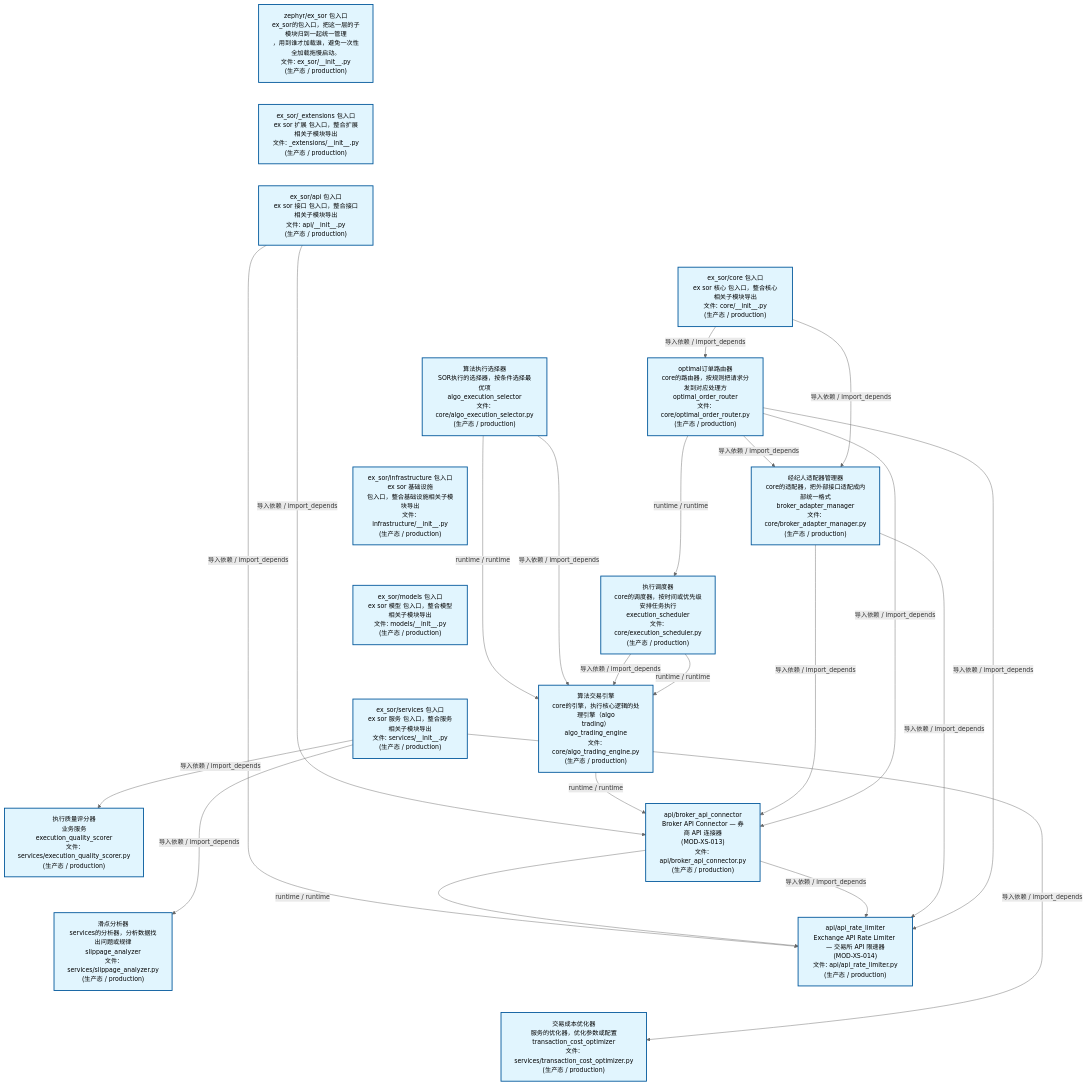
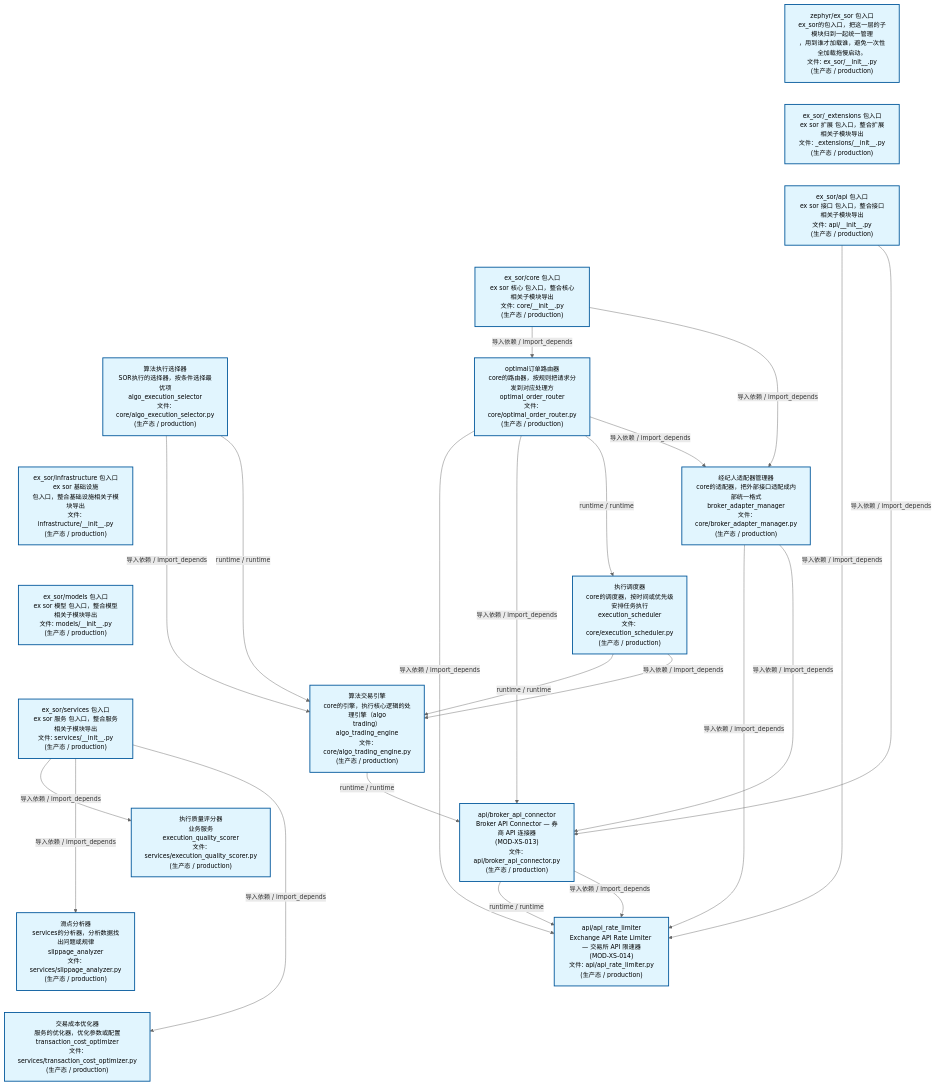
Before and after one commit to xuanFelixVan/ZephyrAlpha: the second of 3 diagrams in docs/02_enterprise_architecture/02_domain_architecture_docs/45_d_ex_sor.md, drawn with Mermaid. The commit also changed other lines of this file and 46 other files, not shown here.

````diff
--- a/docs/02_enterprise_architecture/02_domain_architecture_docs/45_d_ex_sor.md
+++ b/docs/02_enterprise_architecture/02_domain_architecture_docs/45_d_ex_sor.md
@@ -136,57 +136,57 @@
 ```mermaid
 %%{init: {'theme': 'base', 'themeVariables': {'primaryColor': '#eaeaea', 'primaryTextColor': '#333333', 'primaryBorderColor': '#666666', 'lineColor': '#666666', 'secondaryColor': '#eaeaea', 'tertiaryColor': '#eaeaea', 'fontSize': '14px'}}}%%
 flowchart TD
     src_zephyr_ex_sor_init_py["zephyr/ex_sor 包入口<br/>ex_sor的包入口，把这一层的子模块归到一起统一管理<br/>，用到谁才加载谁，避免一次性全加载拖慢启动。<br/>文件: ex_sor/__init__.py<br/>(生产态 / production)"]
     src_zephyr_ex_sor_extensions_init_py["ex_sor/_extensions 包入口<br/>ex sor 扩展 包入口，整合扩展相关子模块导出<br/>文件: _extensions/__init__.py<br/>(生产态 / production)"]
     src_zephyr_ex_sor_api_init_py["ex_sor/api 包入口<br/>ex sor 接口 包入口，整合接口相关子模块导出<br/>文件: api/__init__.py<br/>(生产态 / production)"]
     src_zephyr_ex_sor_core_init_py["ex_sor/core 包入口<br/>ex sor 核心 包入口，整合核心相关子模块导出<br/>文件: core/__init__.py<br/>(生产态 / production)"]
     src_zephyr_ex_sor_core_algo_execution_selector_py["算法执行选择器<br/>SOR执行的选择器，按条件选择最优项<br/>algo_execution_selector<br/>文件: core/algo_execution_selector.py<br/>(生产态 / production)"]
     src_zephyr_ex_sor_infrastructure_init_py["ex_sor/infrastructure 包入口<br/>ex sor 基础设施<br/>包入口，整合基础设施相关子模块导出<br/>文件: infrastructure/__init__.py<br/>(生产态 / production)"]
     src_zephyr_ex_sor_models_init_py["ex_sor/models 包入口<br/>ex sor 模型 包入口，整合模型相关子模块导出<br/>文件: models/__init__.py<br/>(生产态 / production)"]
     src_zephyr_ex_sor_services_init_py["ex_sor/services 包入口<br/>ex sor 服务 包入口，整合服务相关子模块导出<br/>文件: services/__init__.py<br/>(生产态 / production)"]
     src_zephyr_ex_sor_init_py ~~~ src_zephyr_ex_sor_extensions_init_py
     src_zephyr_ex_sor_extensions_init_py ~~~ src_zephyr_ex_sor_api_init_py
     src_zephyr_ex_sor_api_init_py ~~~ src_zephyr_ex_sor_core_init_py
     src_zephyr_ex_sor_core_init_py ~~~ src_zephyr_ex_sor_core_algo_execution_selector_py
     src_zephyr_ex_sor_core_algo_execution_selector_py ~~~ src_zephyr_ex_sor_infrastructure_init_py
     src_zephyr_ex_sor_infrastructure_init_py ~~~ src_zephyr_ex_sor_models_init_py
     src_zephyr_ex_sor_models_init_py ~~~ src_zephyr_ex_sor_services_init_py
     src_zephyr_ex_sor_core_optimal_order_router_py["optimal订单路由器<br/>core的路由器，按规则把请求分发到对应处理方<br/>optimal_order_router<br/>文件: core/optimal_order_router.py<br/>(生产态 / production)"]
     src_zephyr_ex_sor_services_execution_quality_scorer_py["执行质量评分器<br/>业务服务<br/>execution_quality_scorer<br/>文件: services/execution_quality_scorer.py<br/>(生产态 / production)"]
     src_zephyr_ex_sor_services_slippage_analyzer_py["滑点分析器<br/>services的分析器，分析数据找出问题或规律<br/>slippage_analyzer<br/>文件: services/slippage_analyzer.py<br/>(生产态 / production)"]
     src_zephyr_ex_sor_services_transaction_cost_optimizer_py["交易成本优化器<br/>服务的优化器，优化参数或配置<br/>transaction_cost_optimizer<br/>文件: services/transaction_cost_optimizer.py<br/>(生产态 / production)"]
     src_zephyr_ex_sor_core_optimal_order_router_py ~~~ src_zephyr_ex_sor_services_execution_quality_scorer_py
     src_zephyr_ex_sor_services_execution_quality_scorer_py ~~~ src_zephyr_ex_sor_services_slippage_analyzer_py
     src_zephyr_ex_sor_services_slippage_analyzer_py ~~~ src_zephyr_ex_sor_services_transaction_cost_optimizer_py
     src_zephyr_ex_sor_core_broker_adapter_manager_py["经纪人适配器管理器<br/>core的适配器，把外部接口适配成内部统一格式<br/>broker_adapter_manager<br/>文件: core/broker_adapter_manager.py<br/>(生产态 / production)"]
     src_zephyr_ex_sor_core_execution_scheduler_py["执行调度器<br/>core的调度器，按时间或优先级安排任务执行<br/>execution_scheduler<br/>文件: core/execution_scheduler.py<br/>(生产态 / production)"]
     src_zephyr_ex_sor_core_broker_adapter_manager_py ~~~ src_zephyr_ex_sor_core_execution_scheduler_py
     src_zephyr_ex_sor_core_algo_trading_engine_py["算法交易引擎<br/>core的引擎，执行核心逻辑的处理引擎（algo<br/>trading）<br/>algo_trading_engine<br/>文件: core/algo_trading_engine.py<br/>(生产态 / production)"]
     src_zephyr_ex_sor_api_broker_api_connector_py["api/broker_api_connector<br/>Broker API Connector — 券商 API 连接器<br/>(MOD-XS-013)<br/>文件: api/broker_api_connector.py<br/>(生产态 / production)"]
     src_zephyr_ex_sor_api_api_rate_limiter_py["api/api_rate_limiter<br/>Exchange API Rate Limiter — 交易所 API 限速器<br/>(MOD-XS-014)<br/>文件: api/api_rate_limiter.py<br/>(生产态 / production)"]
+    src_zephyr_ex_sor_api_init_py -->|导入依赖 / import_depends| src_zephyr_ex_sor_api_api_rate_limiter_py
     src_zephyr_ex_sor_api_init_py -->|导入依赖 / import_depends| src_zephyr_ex_sor_api_broker_api_connector_py
-    src_zephyr_ex_sor_api_init_py -->|导入依赖 / import_depends| src_zephyr_ex_sor_api_api_rate_limiter_py
     src_zephyr_ex_sor_api_broker_api_connector_py -->|runtime / runtime| src_zephyr_ex_sor_api_api_rate_limiter_py
     src_zephyr_ex_sor_api_broker_api_connector_py -->|导入依赖 / import_depends| src_zephyr_ex_sor_api_api_rate_limiter_py
+    src_zephyr_ex_sor_core_algo_execution_selector_py -->|导入依赖 / import_depends| src_zephyr_ex_sor_core_algo_trading_engine_py
+    src_zephyr_ex_sor_core_algo_execution_selector_py -->|runtime / runtime| src_zephyr_ex_sor_core_algo_trading_engine_py
+    src_zephyr_ex_sor_core_init_py -->|导入依赖 / import_depends| src_zephyr_ex_sor_core_optimal_order_router_py
+    src_zephyr_ex_sor_core_init_py -->|导入依赖 / import_depends| src_zephyr_ex_sor_core_broker_adapter_manager_py
+    src_zephyr_ex_sor_core_optimal_order_router_py -->|导入依赖 / import_depends| src_zephyr_ex_sor_api_api_rate_limiter_py
+    src_zephyr_ex_sor_core_optimal_order_router_py -->|导入依赖 / import_depends| src_zephyr_ex_sor_api_broker_api_connector_py
+    src_zephyr_ex_sor_core_optimal_order_router_py -->|runtime / runtime| src_zephyr_ex_sor_core_execution_scheduler_py
+    src_zephyr_ex_sor_core_optimal_order_router_py -->|导入依赖 / import_depends| src_zephyr_ex_sor_core_broker_adapter_manager_py
     src_zephyr_ex_sor_core_algo_trading_engine_py -->|runtime / runtime| src_zephyr_ex_sor_api_broker_api_connector_py
+    src_zephyr_ex_sor_core_execution_scheduler_py -->|runtime / runtime| src_zephyr_ex_sor_core_algo_trading_engine_py
+    src_zephyr_ex_sor_core_execution_scheduler_py -->|导入依赖 / import_depends| src_zephyr_ex_sor_core_algo_trading_engine_py
+    src_zephyr_ex_sor_core_broker_adapter_manager_py -->|导入依赖 / import_depends| src_zephyr_ex_sor_api_api_rate_limiter_py
     src_zephyr_ex_sor_core_broker_adapter_manager_py -->|导入依赖 / import_depends| src_zephyr_ex_sor_api_broker_api_connector_py
-    src_zephyr_ex_sor_core_broker_adapter_manager_py -->|导入依赖 / import_depends| src_zephyr_ex_sor_api_api_rate_limiter_py
-    src_zephyr_ex_sor_core_algo_execution_selector_py -->|runtime / runtime| src_zephyr_ex_sor_core_algo_trading_engine_py
-    src_zephyr_ex_sor_core_algo_execution_selector_py -->|导入依赖 / import_depends| src_zephyr_ex_sor_core_algo_trading_engine_py
-    src_zephyr_ex_sor_core_execution_scheduler_py -->|导入依赖 / import_depends| src_zephyr_ex_sor_core_algo_trading_engine_py
-    src_zephyr_ex_sor_core_execution_scheduler_py -->|runtime / runtime| src_zephyr_ex_sor_core_algo_trading_engine_py
-    src_zephyr_ex_sor_core_optimal_order_router_py -->|导入依赖 / import_depends| src_zephyr_ex_sor_api_broker_api_connector_py
-    src_zephyr_ex_sor_core_optimal_order_router_py -->|导入依赖 / import_depends| src_zephyr_ex_sor_api_api_rate_limiter_py
-    src_zephyr_ex_sor_core_optimal_order_router_py -->|导入依赖 / import_depends| src_zephyr_ex_sor_core_broker_adapter_manager_py
-    src_zephyr_ex_sor_core_optimal_order_router_py -->|runtime / runtime| src_zephyr_ex_sor_core_execution_scheduler_py
-    src_zephyr_ex_sor_core_init_py -->|导入依赖 / import_depends| src_zephyr_ex_sor_core_broker_adapter_manager_py
-    src_zephyr_ex_sor_core_init_py -->|导入依赖 / import_depends| src_zephyr_ex_sor_core_optimal_order_router_py
     src_zephyr_ex_sor_services_init_py -->|导入依赖 / import_depends| src_zephyr_ex_sor_services_execution_quality_scorer_py
+    src_zephyr_ex_sor_services_init_py -->|导入依赖 / import_depends| src_zephyr_ex_sor_services_slippage_analyzer_py
     src_zephyr_ex_sor_services_init_py -->|导入依赖 / import_depends| src_zephyr_ex_sor_services_transaction_cost_optimizer_py
-    src_zephyr_ex_sor_services_init_py -->|导入依赖 / import_depends| src_zephyr_ex_sor_services_slippage_analyzer_py
     classDef production fill:#e1f5fe,stroke:#01579b,stroke-width:2px,color:#000
     classDef design fill:#fff3e0,stroke:#e65100,stroke-width:2px,color:#000,stroke-dasharray: 5 5
     classDef external_prod fill:#e8f4fd,stroke:#0277bd,stroke-width:1px,color:#000
     classDef external_design fill:#fff8e7,stroke:#ef6c00,stroke-width:1px,color:#000,stroke-dasharray: 5 5
     class src_zephyr_ex_sor_init_py,src_zephyr_ex_sor_extensions_init_py,src_zephyr_ex_sor_api_init_py,src_zephyr_ex_sor_api_api_rate_limiter_py,src_zephyr_ex_sor_api_broker_api_connector_py,src_zephyr_ex_sor_core_init_py,src_zephyr_ex_sor_core_algo_execution_selector_py,src_zephyr_ex_sor_core_algo_trading_engine_py,src_zephyr_ex_sor_core_broker_adapter_manager_py,src_zephyr_ex_sor_core_execution_scheduler_py,src_zephyr_ex_sor_core_optimal_order_router_py,src_zephyr_ex_sor_infrastructure_init_py,src_zephyr_ex_sor_models_init_py,src_zephyr_ex_sor_services_init_py,src_zephyr_ex_sor_services_execution_quality_scorer_py,src_zephyr_ex_sor_services_slippage_analyzer_py,src_zephyr_ex_sor_services_transaction_cost_optimizer_py production
 ```
````
